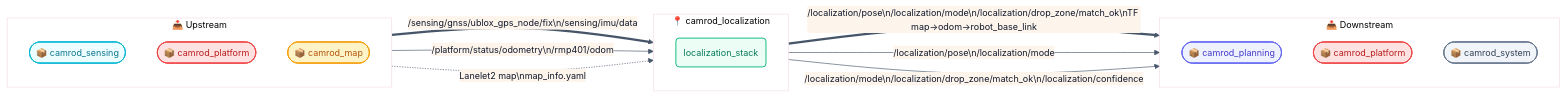
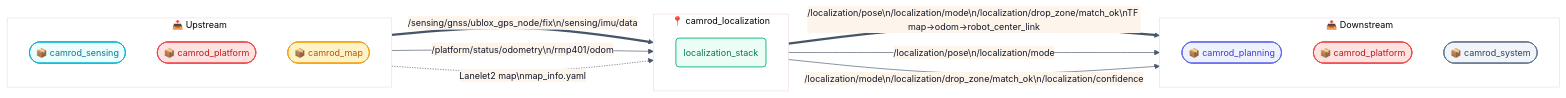
The first of 4 diagrams in camrod_localization/README.md (hwanhonglee/CAMROD), drawn with Mermaid before and after one commit. The commit also changed other lines of this file and 132 other files, not shown here.

````diff
--- a/camrod_localization/README.md
+++ b/camrod_localization/README.md
@@ -44,45 +44,45 @@
 ```mermaid
 %%{init: {'theme': 'base', 'themeVariables': {'fontFamily': 'ui-sans-serif, system-ui, sans-serif', 'fontSize': '14px', 'primaryColor': '#ECFDF5', 'primaryTextColor': '#0F172A', 'primaryBorderColor': '#10B981', 'lineColor': '#475569'}, 'flowchart': {'curve': 'basis', 'htmlLabels': true, 'padding': 12}}}%%
 graph LR
   classDef sensing      fill:#ECFEFF,stroke:#06B6D4,stroke-width:1.5px,color:#0E7490;
   classDef localization fill:#ECFDF5,stroke:#10B981,stroke-width:1.5px,color:#047857;
   classDef mapping      fill:#FEF3C7,stroke:#F59E0B,stroke-width:1.5px,color:#B45309;
   classDef planning     fill:#EEF2FF,stroke:#6366F1,stroke-width:1.5px,color:#4338CA;
   classDef platform     fill:#FEE2E2,stroke:#EF4444,stroke-width:1.5px,color:#B91C1C;
   classDef system       fill:#F1F5F9,stroke:#64748B,stroke-width:1.5px,color:#334155;
   classDef topic        fill:#F8FAFC,stroke:#94A3B8,stroke-width:1px,color:#475569,font-style:italic;
 
   subgraph UP ["📥 Upstream"]
     direction TB
     SENS([📦 camrod_sensing])
     PLAT([📦 camrod_platform])
     MAP([📦 camrod_map])
   end
 
   subgraph LOC_PKG ["📍 camrod_localization"]
     direction TB
     LOC(localization_stack)
   end
 
   subgraph DOWN ["📤 Downstream"]
     direction TB
     PLAN([📦 camrod_planning])
     PPLAT([📦 camrod_platform])
     SYS([📦 camrod_system])
   end
 
   SENS ==>|"`/sensing/gnss/ublox_gps_node/fix\n/sensing/imu/data`"| LOC
   PLAT -->|"`/platform/status/odometry\n/rmp401/odom`"| LOC
   MAP -.->|"`Lanelet2 map\nmap_info.yaml`"| LOC
 
-  LOC ==>|"`/localization/pose\n/localization/mode\n/localization/drop_zone/match_ok\nTF map→odom→robot_base_link`"| PLAN
+  LOC ==>|"`/localization/pose\n/localization/mode\n/localization/drop_zone/match_ok\nTF map→odom→robot_center_link`"| PLAN
   LOC -->|"`/localization/pose\n/localization/mode`"| PPLAT
   LOC -->|"`/localization/mode\n/localization/drop_zone/match_ok\n/localization/confidence`"| SYS
 
   class SENS sensing
   class PLAT,PPLAT platform
   class MAP mapping
   class LOC localization
   class PLAN planning
   class SYS system
 ```
````
